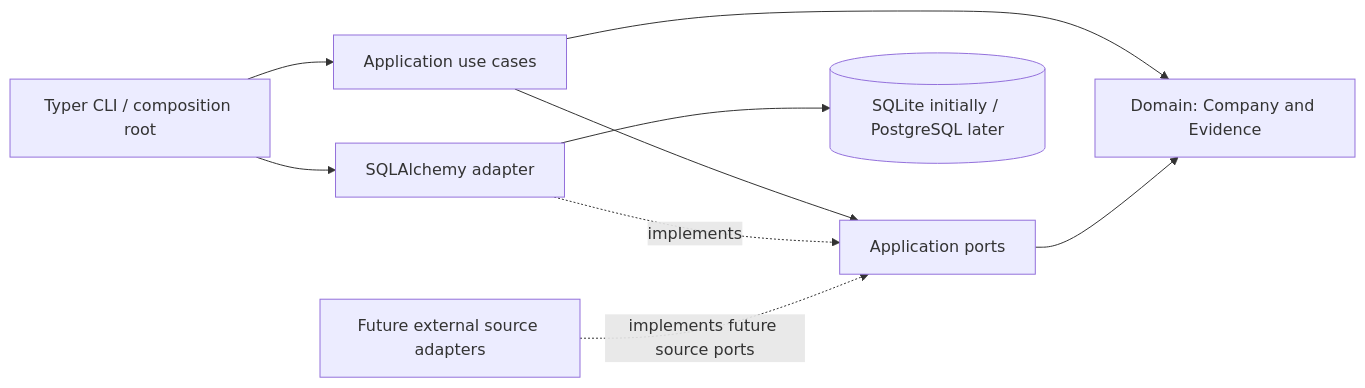
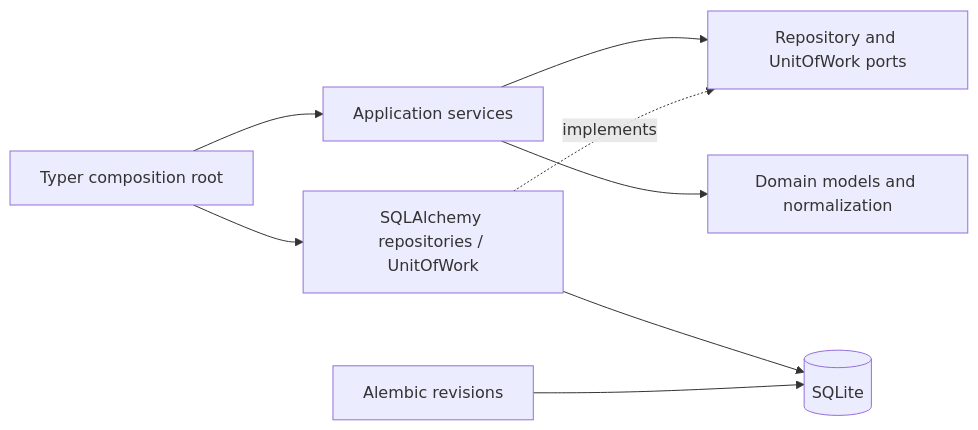
One commit to Franchute10/commercial-lead-engine changed the first of 2 diagrams in docs/architecture.md. Above: the diagram before and after it, drawn with Mermaid. The commit also changed other lines of this file and 25 other files, not shown here.

````diff
--- a/docs/architecture.md
+++ b/docs/architecture.md
@@ -7,11 +7,10 @@
 ```mermaid
 flowchart LR
-    CLI[Typer CLI / composition root] --> APP[Application use cases]
-    APP --> PORTS[Application ports]
-    APP --> DOMAIN[Domain: Company and Evidence]
-    PORTS --> DOMAIN
-    CLI --> ADAPTER[SQLAlchemy adapter]
-    ADAPTER -. implements .-> PORTS
-    ADAPTER --> DB[(SQLite initially / PostgreSQL later)]
-    FUTURE[Future external source adapters] -. implements future source ports .-> PORTS
+    CLI[Typer composition root] --> APP[Application services]
+    APP --> PORTS[Repository and UnitOfWork ports]
+    APP --> DOMAIN[Domain models and normalization]
+    CLI --> INFRA[SQLAlchemy repositories / UnitOfWork]
+    INFRA -. implements .-> PORTS
+    INFRA --> DB[(SQLite)]
+    MIG[Alembic revisions] --> DB
 ```
````
